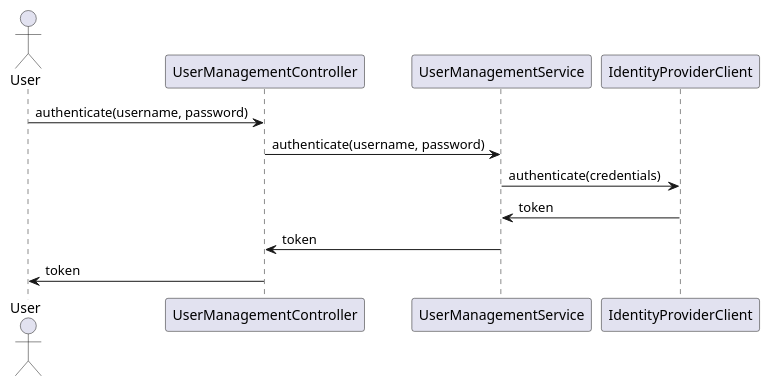
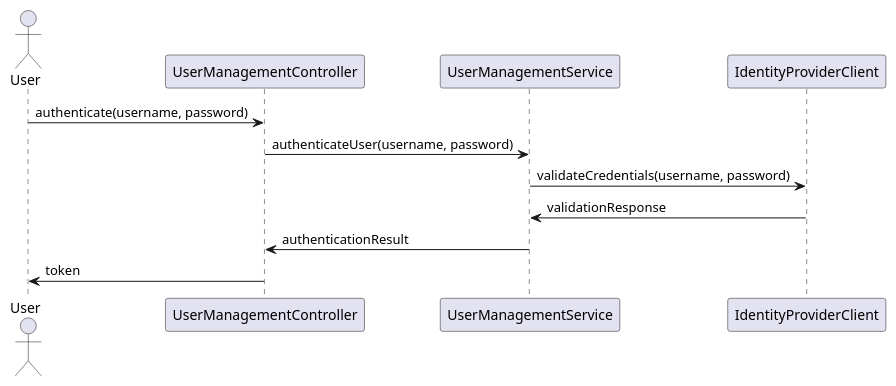
One commit to Dinesh-s95/AutoDoc.ai changed the second of 4 diagrams in usermanagement/documentation/detaileddesign.adoc. Above: the diagram before and after it, drawn with PlantUML. The commit also changed other lines of this file and 4 other files, not shown here.

```diff
--- a/usermanagement/documentation/detaileddesign.adoc
+++ b/usermanagement/documentation/detaileddesign.adoc
@@ -232,16 +138,16 @@
 [plantuml, authentication-sequence, png]
 ----
 @startuml
 actor User
 participant "UserManagementController" as Controller
 participant "UserManagementService" as Service
 participant "IdentityProviderClient" as IdentityProvider
 
 User -> Controller : authenticate(username, password)
-Controller -> Service : authenticate(username, password)
-Service -> IdentityProvider : authenticate(credentials)
-IdentityProvider -> Service : token
-Service -> Controller : token
+Controller -> Service : authenticateUser(username, password)
+Service -> IdentityProvider : validateCredentials(username, password)
+IdentityProvider -> Service : validationResponse
+Service -> Controller : authenticationResult
 Controller -> User : token
 @enduml
 ----
```
